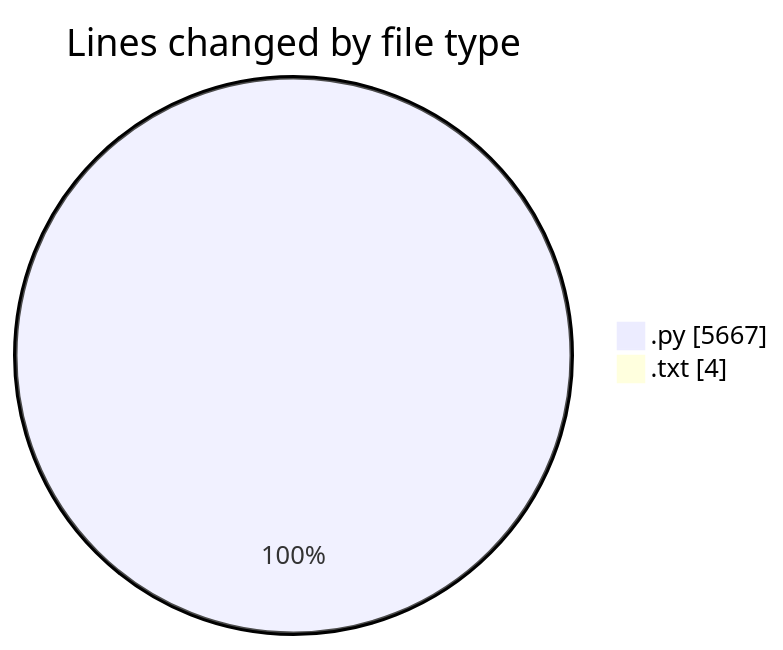
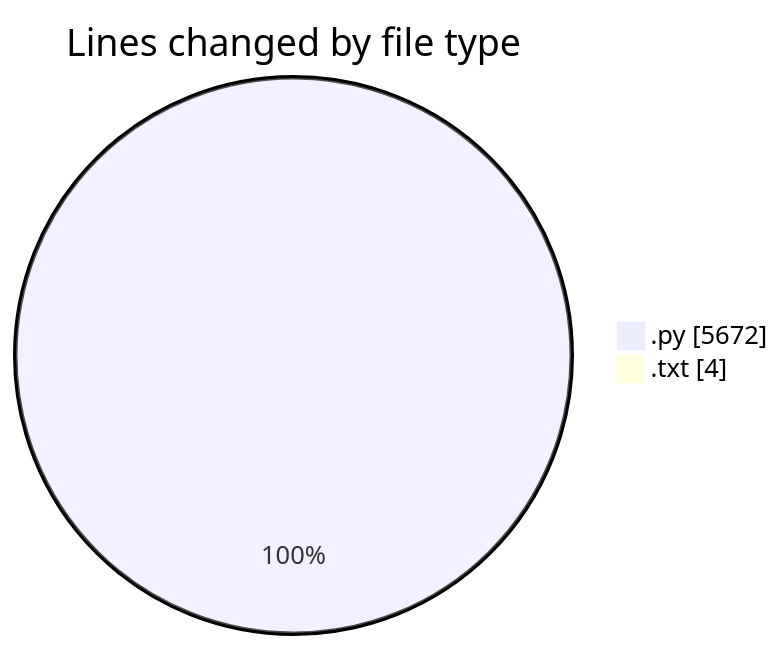
One commit to CELIANVF/code-tracking changed the first of 2 diagrams in 2025-06-01/video_app/README.md. Above: the diagram before and after it, drawn with Mermaid. The commit also changed other lines of this file and 1 other file, not shown here.

````diff
--- a/2025-06-01/video_app/README.md
+++ b/2025-06-01/video_app/README.md
@@ -29,6 +29,6 @@
 ```mermaid
 pie showData
 title Lines changed by file type
-".py" : 5667
+".py" : 5672
 ".txt" : 4
 ```
````
